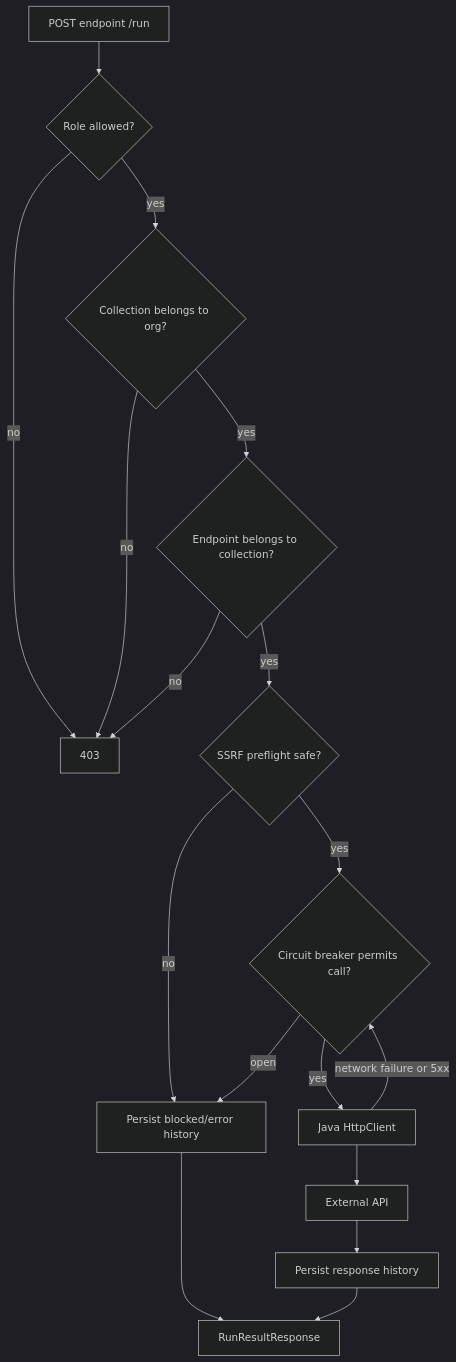
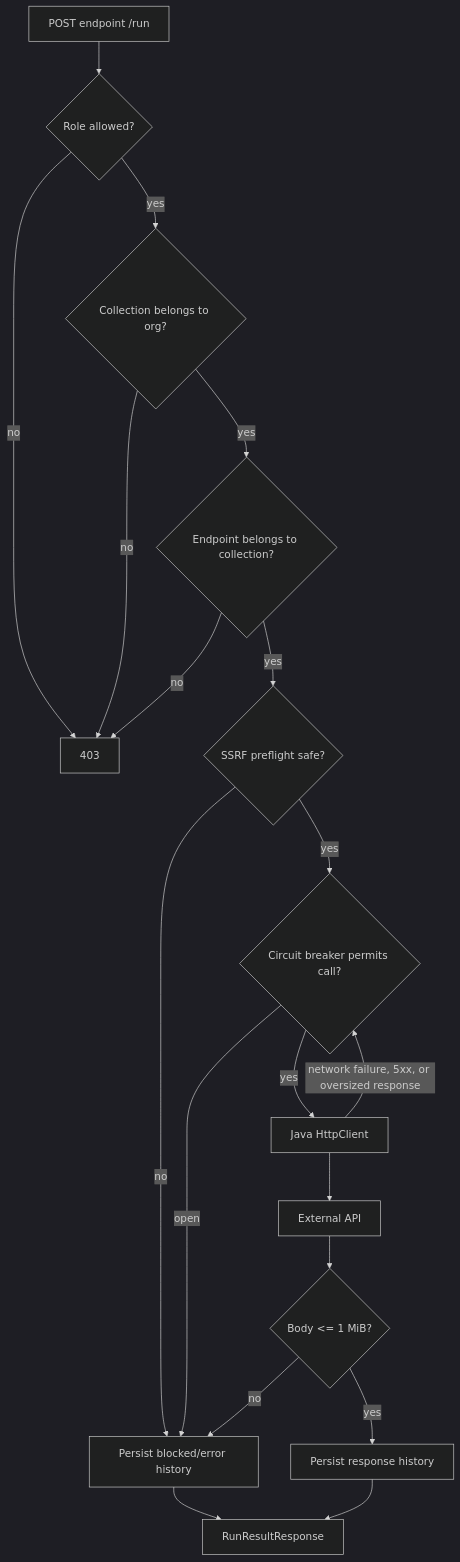
Before and after one commit to puneetdixit200/vaultscale: the second of 3 diagrams in docs/architecture.md, drawn with Mermaid (dark theme). The commit also changed other lines of this file, not shown here.

Commit message:
docs: document bounded responses and review ledger

````diff
--- a/docs/architecture.md
+++ b/docs/architecture.md
@@ -59,19 +59,21 @@
 ```mermaid
 flowchart TD
     A[POST endpoint /run] --> B{Role allowed?}
     B -- no --> X[403]
     B -- yes --> C{Collection belongs to org?}
     C -- no --> X
     C -- yes --> D{Endpoint belongs to collection?}
     D -- no --> X
     D -- yes --> E{SSRF preflight safe?}
     E -- no --> H[Persist blocked/error history]
     E -- yes --> CB{Circuit breaker permits call?}
     CB -- open --> H
     CB -- yes --> HTTP[Java HttpClient]
     HTTP --> EXT[External API]
-    HTTP -- network failure or 5xx --> CB
-    EXT --> RH[Persist response history]
+    HTTP -- network failure, 5xx, or oversized response --> CB
+    EXT --> CAP{Body <= 1 MiB?}
+    CAP -- no --> H
+    CAP -- yes --> RH[Persist response history]
     H --> OUT[RunResultResponse]
     RH --> OUT
 ```
````
